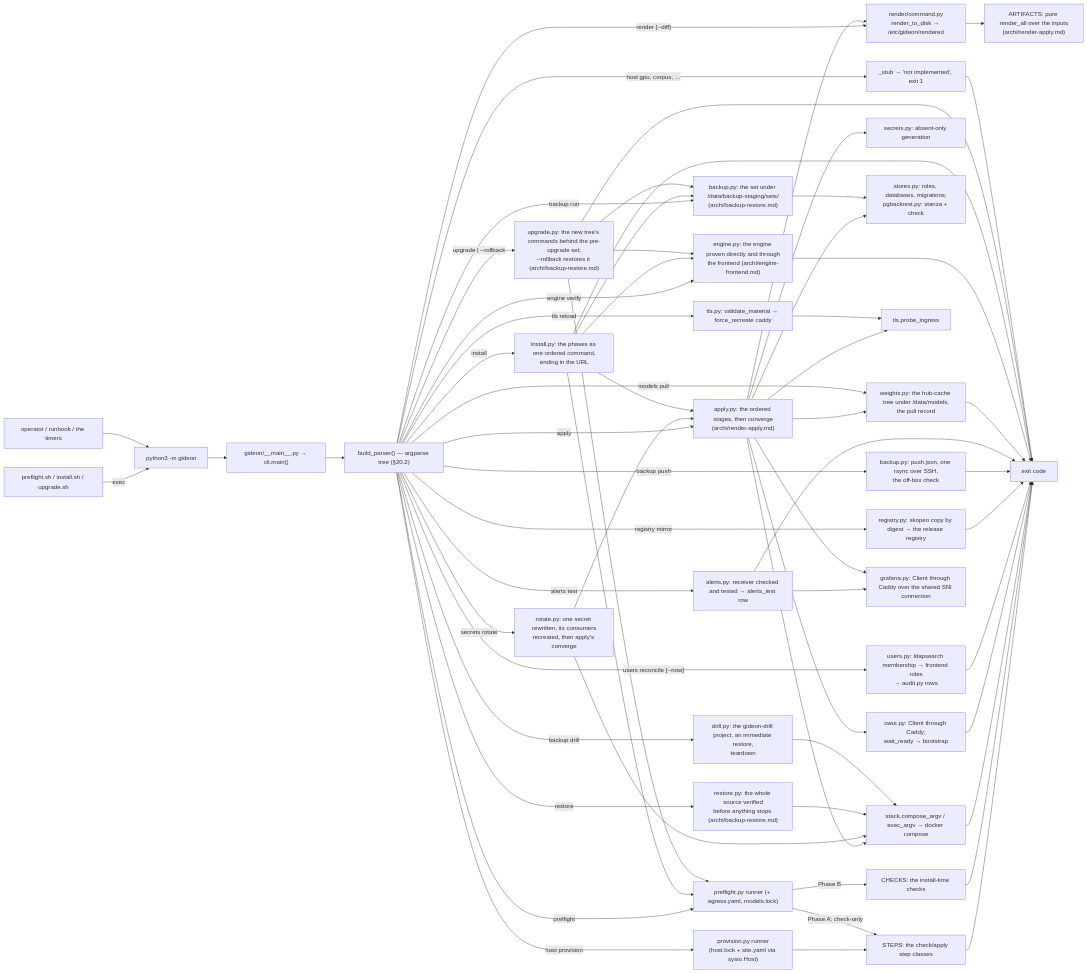
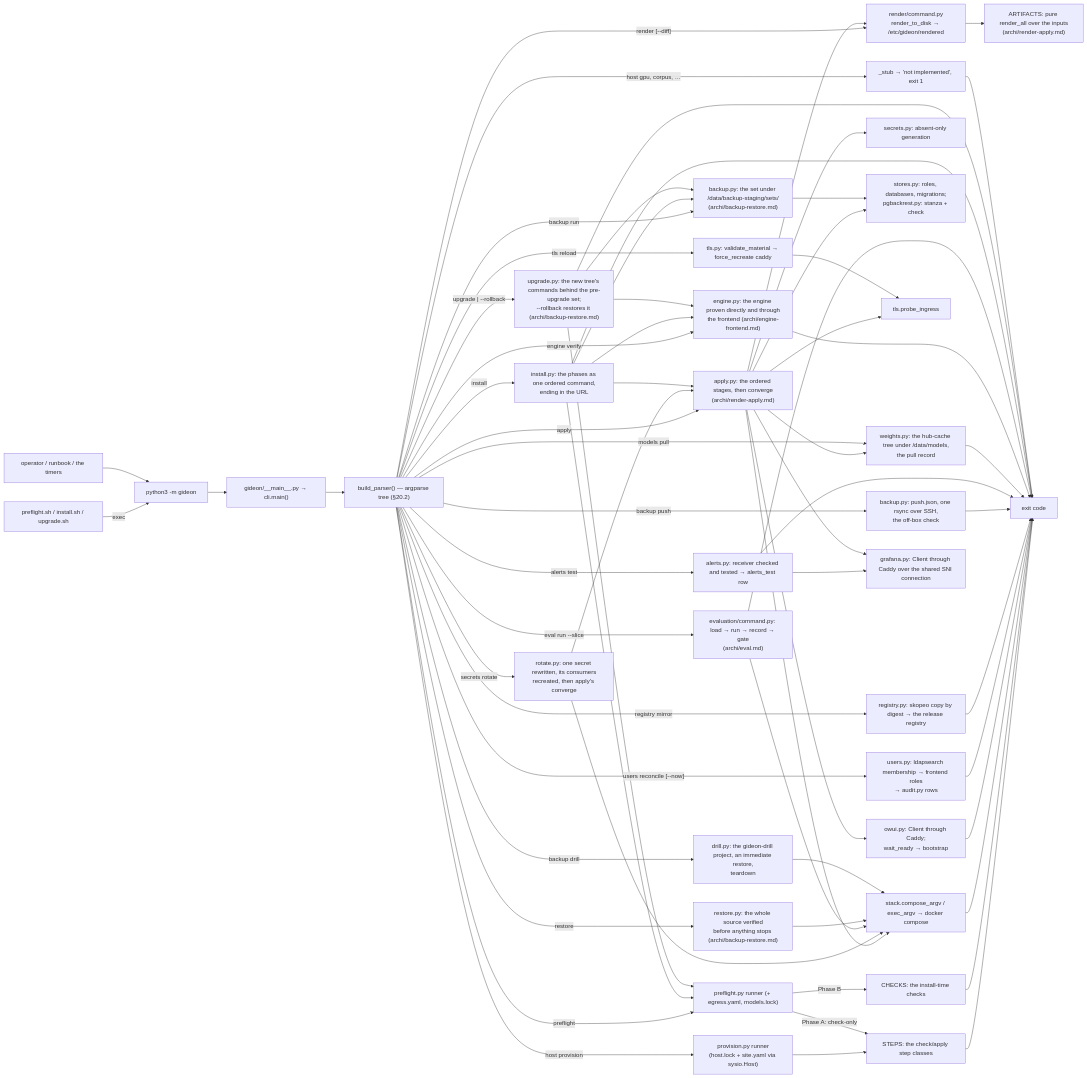
Before and after one commit to TNMD-FDO/GIDEON: the diagram in docs/ARCHI.md, drawn with Mermaid. The commit also changed other lines of this file and 32 other files, not shown here.

````diff
--- a/docs/ARCHI.md
+++ b/docs/ARCHI.md
@@ -208,52 +210,54 @@
 ```mermaid
 flowchart LR
     A["preflight.sh / install.sh / upgrade.sh"] -->|exec| B["python3 -m gideon"]
     C["operator / runbook / the timers"] --> B
     B --> D["gideon/__main__.py → cli.main()"]
     D --> E["build_parser() — argparse tree (§20.2)"]
     E -->|"host provision"| F["provision.py runner<br/>(host.lock + site.yaml via sysio.Host)"]
     F --> I["STEPS: the check/apply step classes"]
     E -->|"preflight"| K["preflight.py runner (+ egress.yaml, models.lock)"]
     K -->|"Phase A: check-only"| I
     K -->|"Phase B"| L["CHECKS: the install-time checks"]
     E -->|"render [--diff]"| R["render/command.py<br/>render_to_disk → /etc/gideon/rendered"]
     R --> RA["ARTIFACTS: pure render_all over the inputs<br/>(archi/render-apply.md)"]
     E -->|"apply"| AP["apply.py: the ordered stages, then converge<br/>(archi/render-apply.md)"]
     AP --> SE["secrets.py: absent-only generation"]
     AP --> R
     AP --> ST["stack.compose_argv / exec_argv → docker compose"]
     AP --> SO["stores.py: roles, databases, migrations;<br/>pgbackrest.py: stanza + check"]
     AP --> OW["owui.py: Client through Caddy;<br/>wait_ready → bootstrap"]
     AP --> TP["tls.probe_ingress"]
     AP --> W["weights.py: the hub-cache tree under /data/models,<br/>the pull record"]
     E -->|"models pull"| W
     E -->|"secrets rotate <name>"| RO["rotate.py: one secret rewritten, its consumers<br/>recreated, then apply's converge"]
     RO --> ST
     RO --> AP
     E -->|"engine verify"| EV["engine.py: the engine proven directly and through<br/>the frontend (archi/engine-frontend.md)"]
     E -->|"tls reload"| T["tls.py: validate_material → force_recreate caddy"]
     T --> TP
     E -->|"registry mirror"| M["registry.py: skopeo copy by digest → the release registry"]
+    E -->|"eval run --slice <name>"| ER["evaluation/command.py: load → run → record → gate<br/>(archi/eval.md)"]
+    ER --> ST
     E -->|"users reconcile [--now]"| U["users.py: ldapsearch membership → frontend roles<br/>→ audit.py rows"]
     E -->|"backup run"| BR["backup.py: the set under /data/backup-staging/sets/<br/>(archi/backup-restore.md)"]
     E -->|"backup push"| BP["backup.py: push.json, one rsync over SSH,<br/>the off-box check"]
     E -->|"restore"| RS["restore.py: the whole source verified<br/>before anything stops (archi/backup-restore.md)"]
     E -->|"backup drill"| DR["drill.py: the gideon-drill project, an immediate restore,<br/>teardown"]
     E -->|"alerts test"| AL["alerts.py: receiver checked and tested → alerts_test row"]
     AL --> GR["grafana.py: Client through Caddy over the shared SNI connection"]
     AP --> GR
     BR --> SO
     RS --> ST
     DR --> ST
     E -->|"install"| IN["install.py: the phases as one ordered command,<br/>ending in the URL"]
     E -->|"upgrade <tag> | --rollback"| UP["upgrade.py: the new tree's commands behind the pre-upgrade set;<br/>--rollback restores it (archi/backup-restore.md)"]
     IN --> K
     IN --> AP
     IN --> BR
     IN --> EV
     UP --> K
     UP --> BR
     UP --> EV
     E -->|"host gpu, corpus, …"| G["_stub → 'not implemented', exit 1"]
-    I & L & ST & OW & U & M & BP & AL & W & EV & IN & UP & G --> H["exit code"]
+    I & L & ST & OW & U & M & BP & AL & W & EV & ER & IN & UP & G --> H["exit code"]
 ```
````
